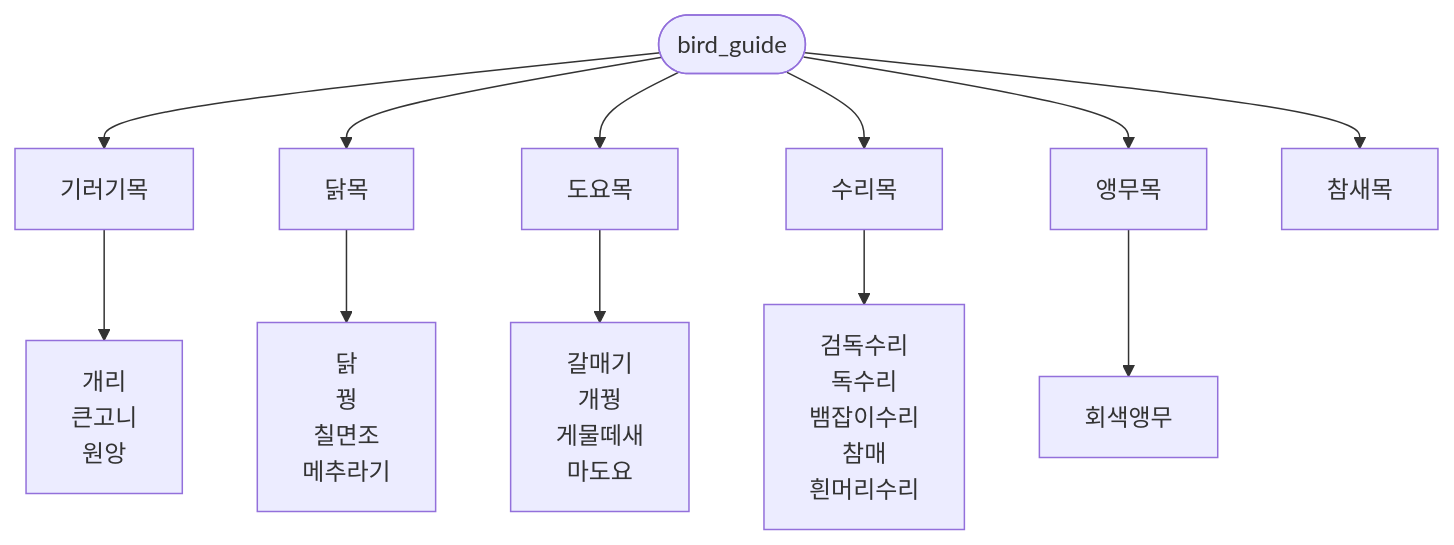
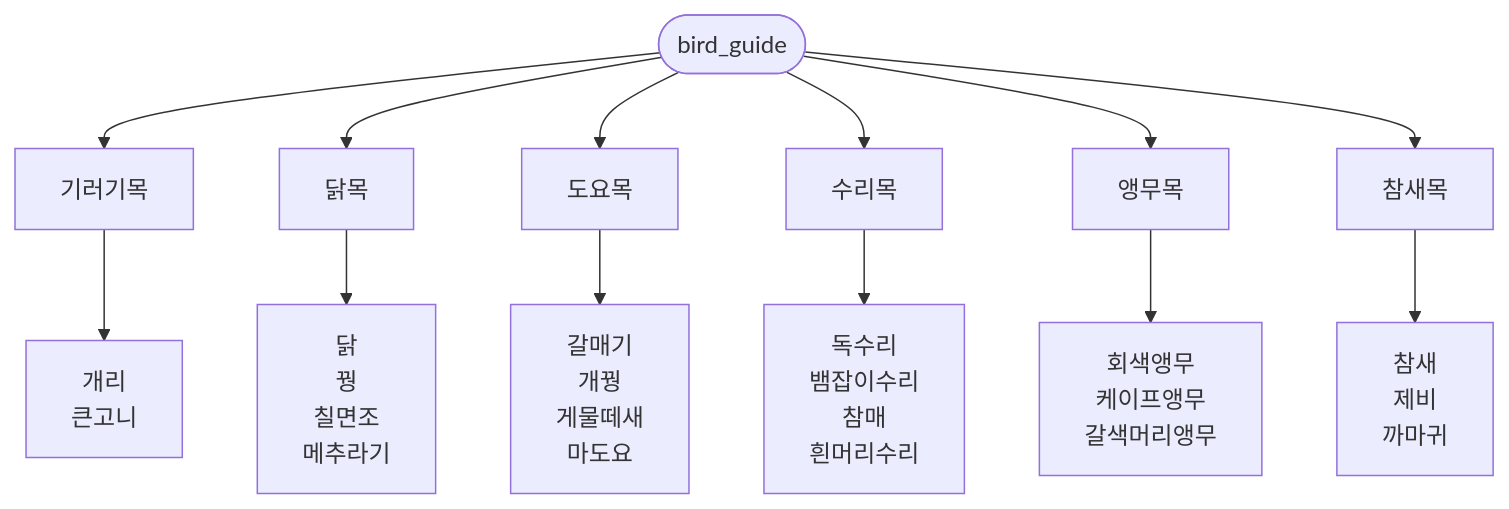
The diagram in README.md (nahcub/bird_guide), drawn with Mermaid before and after one commit. The commit also changed other lines of this file and 1 other file, not shown here.

Commit message:
[README] 수록 종 현행화
- 수리목: 검독수리 제거 (문서 삭제 반영)
- 앵무목: 케이프앵무, 갈색머리앵무 추가
- 참새목: 참새, 제비, 까마귀 추가 및 목 문서 링크 연결
- 기러기목: 문서가 없는 원앙 제거

````diff
--- a/README.md
+++ b/README.md
@@ -15,11 +15,11 @@
 ```mermaid
 flowchart TD
     R(["bird_guide"])
 
-    R --> A["기러기목"] --> A1["개리<br/>큰고니<br/>원앙"]
+    R --> A["기러기목"] --> A1["개리<br/>큰고니"]
     R --> B["닭목"] --> B1["닭<br/>꿩<br/>칠면조<br/>메추라기"]
     R --> C["도요목"] --> C1["갈매기<br/>개꿩<br/>게물떼새<br/>마도요"]
-    R --> D["수리목"] --> D1["검독수리<br/>독수리<br/>뱀잡이수리<br/>참매<br/>흰머리수리"]
-    R --> E["앵무목"] --> E1["회색앵무"]
-    R --> F["참새목"]
+    R --> D["수리목"] --> D1["독수리<br/>뱀잡이수리<br/>참매<br/>흰머리수리"]
+    R --> E["앵무목"] --> E1["회색앵무<br/>케이프앵무<br/>갈색머리앵무"]
+    R --> F["참새목"] --> F1["참새<br/>제비<br/>까마귀"]
 ```
````
